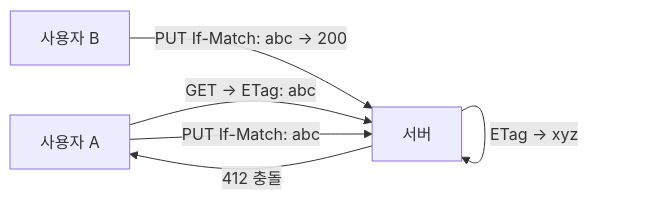
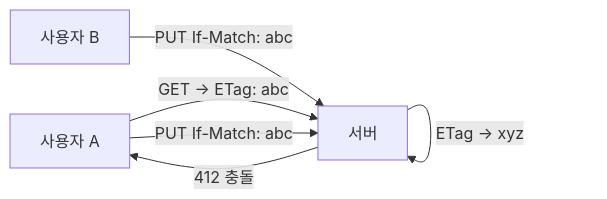
One commit to yjkim2015/yjkim2015.github.io changed the second of 2 diagrams in _posts/http/2021-02-24-http-10.md. Above: the diagram before and after it, drawn with Mermaid. The commit also changed other lines of this file and 245 other files, not shown here.

First line of the commit message:
Mermaid 다이어그램 전면 수정 + 면접 포인트 접기/펼치기 + DB 데드락 페이지

````diff
--- a/_posts/http/2021-02-24-http-10.md
+++ b/_posts/http/2021-02-24-http-10.md
@@ -282,8 +282,8 @@
 ```mermaid
 graph LR
     A["사용자 A"] -->|"GET → ETag: abc"| S["서버"]
-    B["사용자 B"] -->|"PUT If-Match: abc → 200"| S
+    B["사용자 B"] -->|"PUT If-Match: abc"| S
     S -->|"ETag → xyz"| S
     A -->|"PUT If-Match: abc"| S
     S -->|"412 충돌"| A
 ```
````
